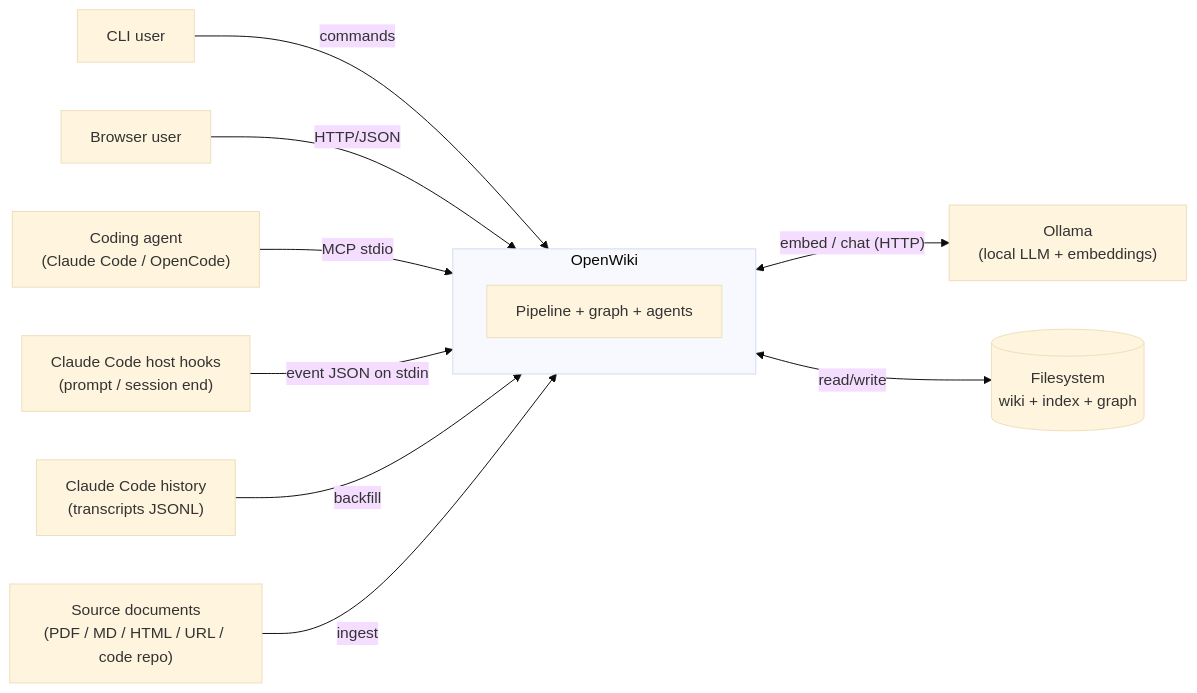
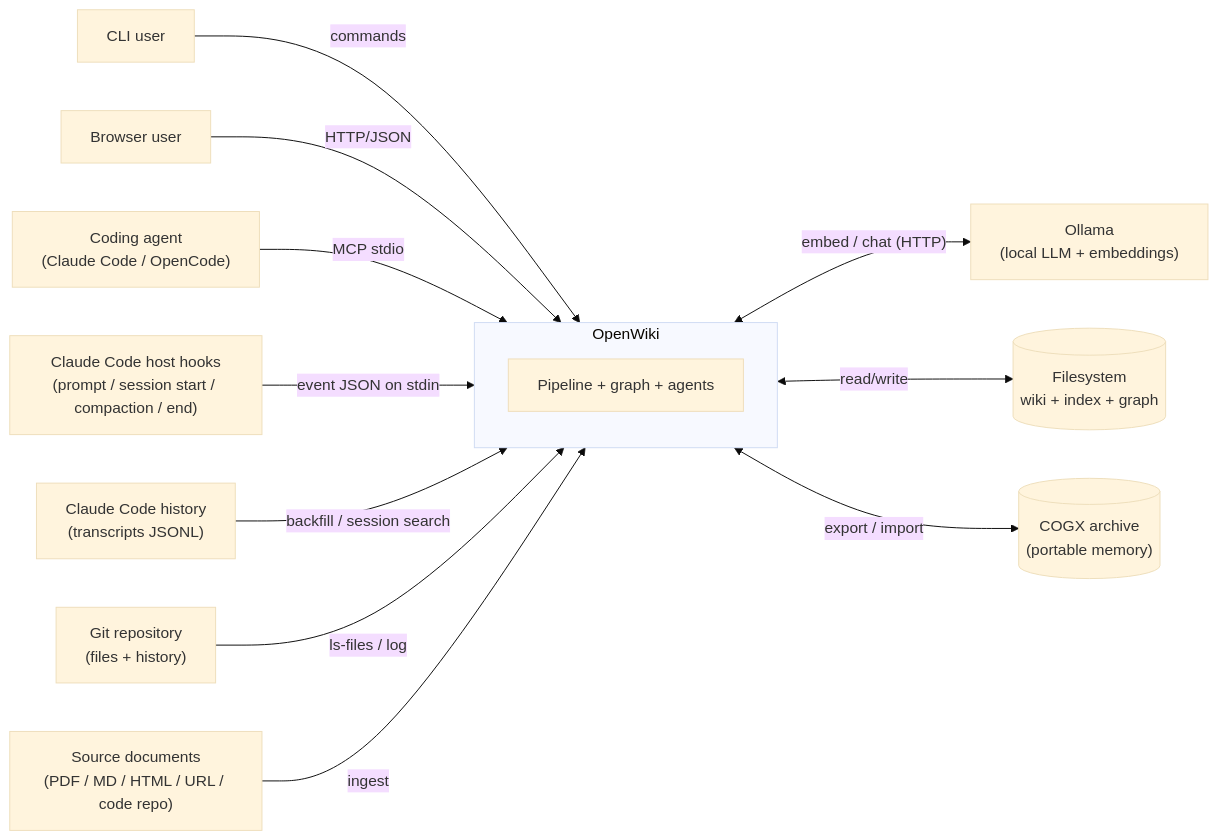
One commit to Neuroant/OpenWiki changed the diagram in docs/arc42/03-context-and-scope.md. Above: the diagram before and after it, drawn with Mermaid (base theme). The commit also changed other lines of this file and 9 other files, not shown here.

````diff
--- a/docs/arc42/03-context-and-scope.md
+++ b/docs/arc42/03-context-and-scope.md
@@ -12,17 +12,19 @@
 ```mermaid
 flowchart LR
   user["CLI user"] -->|commands| OW
   browser["Browser user"] -->|HTTP/JSON| OW
   agent["Coding agent<br>(Claude Code / OpenCode)"] -->|MCP stdio| OW
-  hooks["Claude Code host hooks<br>(prompt / session end)"] -->|"event JSON on stdin"| OW
-  history["Claude Code history<br>(transcripts JSONL)"] -->|backfill| OW
+  hooks["Claude Code host hooks<br>(prompt / session start / compaction / end)"] -->|"event JSON on stdin"| OW
+  history["Claude Code history<br>(transcripts JSONL)"] -->|"backfill / session search"| OW
+  gitrepo["Git repository<br>(files + history)"] -->|"ls-files / log"| OW
 
   subgraph OW["OpenWiki"]
     direction TB
     core["Pipeline + graph + agents"]
   end
 
   src["Source documents<br>(PDF / MD / HTML / URL / code repo)"] -->|ingest| OW
   OW <-->|"embed / chat (HTTP)"| ollama["Ollama<br>(local LLM + embeddings)"]
   OW <-->|read/write| fs[("Filesystem<br>wiki + index + graph")]
+  OW <-->|"export / import"| cogx[("COGX archive<br>(portable memory)")]
 ```
````
